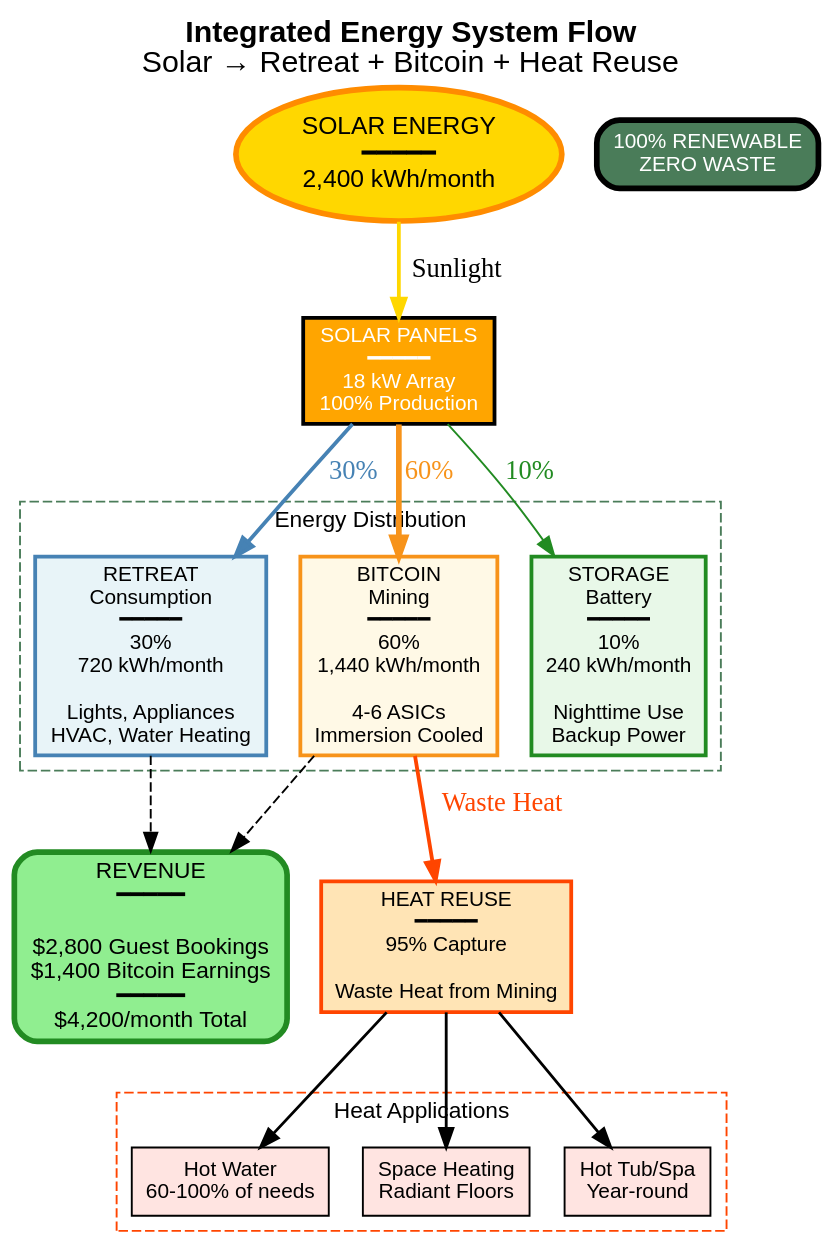
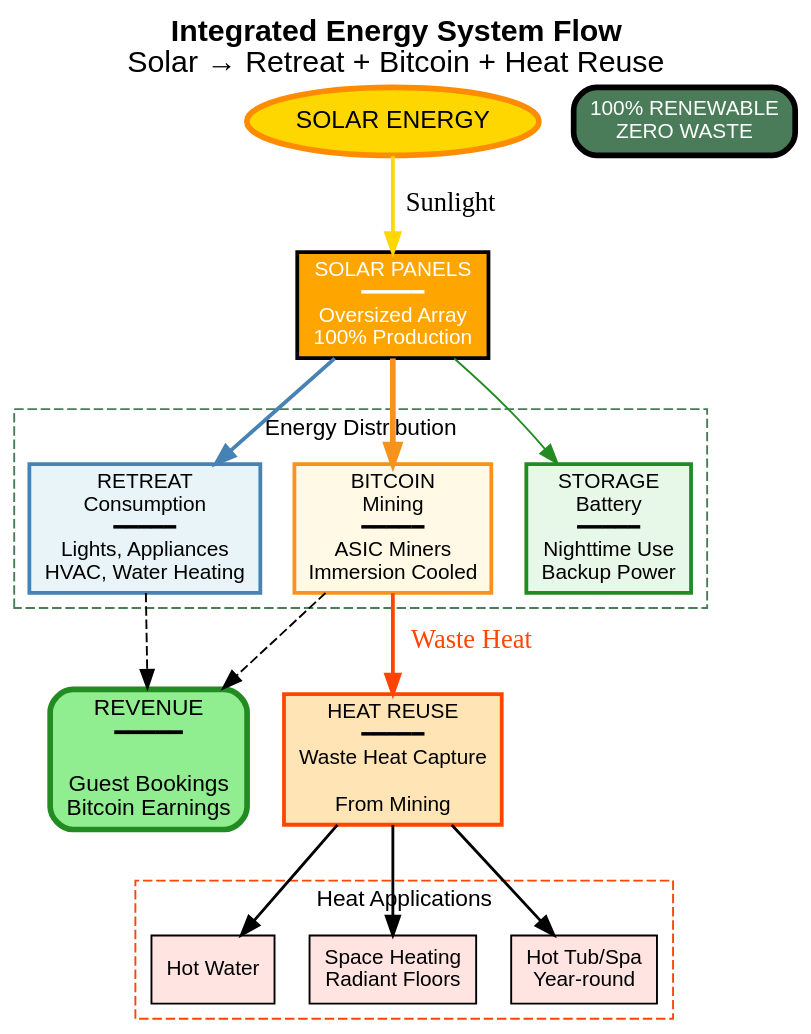
Before and after one commit to offgridfarmstays/website: the diagram in scripts/image-generation/diagrams/energy_flow.dot, drawn with Graphviz. The commit also changed 6 other files, not shown here.

First line of the commit message:
Remove all specific numbers and revenue figures from energy flow diagram

```diff
--- a/scripts/image-generation/diagrams/energy_flow.dot
+++ b/scripts/image-generation/diagrams/energy_flow.dot
@@ -1,73 +1,73 @@
 // Energy Flow Diagram for Offgrid Farmstays
 // Generate with: dot -Tpng energy_flow.dot -o ../../assets/diagrams/energy_flow.png
 
 digraph EnergyFlow {
     // Graph settings
     rankdir=TB;
     bgcolor="transparent";
     fontname="Arial";
     compound=true;
 
     // Node styles
     node [fontname="Arial", fontsize=11, style=filled];
 
     // Source node
-    sun [label="SOLAR ENERGY\n━━━━━\n2,400 kWh/month", shape=ellipse, fillcolor="#FFD700", fontcolor=black, penwidth=3, color="#FF8C00", fontsize=13];
+    sun [label="SOLAR ENERGY", shape=ellipse, fillcolor="#FFD700", fontcolor=black, penwidth=3, color="#FF8C00", fontsize=13];
 
     // Solar panels
-    solar [label="SOLAR PANELS\n━━━━━\n18 kW Array\n100% Production", shape=box, fillcolor="#FFA500", fontcolor=white, penwidth=2];
+    solar [label="SOLAR PANELS\n━━━━━\nOversized Array\n100% Production", shape=box, fillcolor="#FFA500", fontcolor=white, penwidth=2];
 
     // Distribution
     subgraph cluster_distribution {
         label="Energy Distribution";
         style=dashed;
         color="#4A7C59";
         fontsize=12;
 
-        retreat [label="RETREAT\nConsumption\n━━━━━\n30%\n720 kWh/month\n\nLights, Appliances\nHVAC, Water Heating", shape=box, fillcolor="#E8F4F8", color="#4682B4", penwidth=2];
+        retreat [label="RETREAT\nConsumption\n━━━━━\nLights, Appliances\nHVAC, Water Heating", shape=box, fillcolor="#E8F4F8", color="#4682B4", penwidth=2];
 
-        mining [label="BITCOIN\nMining\n━━━━━\n60%\n1,440 kWh/month\n\n4-6 ASICs\nImmersion Cooled", shape=box, fillcolor="#FFF9E6", color="#F7931A", penwidth=2];
+        mining [label="BITCOIN\nMining\n━━━━━\nASIC Miners\nImmersion Cooled", shape=box, fillcolor="#FFF9E6", color="#F7931A", penwidth=2];
 
-        battery [label="STORAGE\nBattery\n━━━━━\n10%\n240 kWh/month\n\nNighttime Use\nBackup Power", shape=box, fillcolor="#E8F8E8", color="#228B22", penwidth=2];
+        battery [label="STORAGE\nBattery\n━━━━━\nNighttime Use\nBackup Power", shape=box, fillcolor="#E8F8E8", color="#228B22", penwidth=2];
     }
 
     // Heat reuse
-    heat [label="HEAT REUSE\n━━━━━\n95% Capture\n\nWaste Heat from Mining", shape=box, fillcolor="#FFE4B5", color="#FF4500", penwidth=2];
+    heat [label="HEAT REUSE\n━━━━━\nWaste Heat Capture\n\nFrom Mining", shape=box, fillcolor="#FFE4B5", color="#FF4500", penwidth=2];
 
     // Heat applications
     subgraph cluster_heat_use {
         label="Heat Applications";
         style=dashed;
         color="#FF4500";
         fontsize=12;
 
-        hotwater [label="Hot Water\n60-100% of needs", shape=box, fillcolor="#FFE4E1"];
+        hotwater [label="Hot Water", shape=box, fillcolor="#FFE4E1"];
         heating [label="Space Heating\nRadiant Floors", shape=box, fillcolor="#FFE4E1"];
         hottub [label="Hot Tub/Spa\nYear-round", shape=box, fillcolor="#FFE4E1"];
     }
 
     // Output
-    revenue [label="REVENUE\n━━━━━\n\n$2,800 Guest Bookings\n$1,400 Bitcoin Earnings\n━━━━━\n$4,200/month Total", shape=box, style="filled,rounded", fillcolor="#90EE90", color="#228B22", penwidth=3, fontsize=12];
+    revenue [label="REVENUE\n━━━━━\n\nGuest Bookings\nBitcoin Earnings", shape=box, style="filled,rounded", fillcolor="#90EE90", color="#228B22", penwidth=3, fontsize=12];
 
     // Connections
     sun -> solar [label="Sunlight", penwidth=2, color="#FFD700"];
-    solar -> retreat [label="30%", penwidth=2, color="#4682B4", fontcolor="#4682B4"];
-    solar -> mining [label="60%", penwidth=3, color="#F7931A", fontcolor="#F7931A"];
-    solar -> battery [label="10%", penwidth=1, color="#228B22", fontcolor="#228B22"];
+    solar -> retreat [penwidth=2, color="#4682B4"];
+    solar -> mining [penwidth=3, color="#F7931A"];
+    solar -> battery [penwidth=1, color="#228B22"];
 
     mining -> heat [label="Waste Heat", penwidth=2, color="#FF4500", fontcolor="#FF4500"];
     heat -> hotwater [penwidth=1.5];
     heat -> heating [penwidth=1.5];
     heat -> hottub [penwidth=1.5];
 
     retreat -> revenue [style=dashed];
     mining -> revenue [style=dashed];
 
     // Badge
     badge [label="100% RENEWABLE\nZERO WASTE", shape=box, style="filled,rounded", fillcolor="#4A7C59", fontcolor=white, penwidth=3];
 
     // Title
     labelloc="t";
     label=<<b>Integrated Energy System Flow</b><br/>Solar → Retreat + Bitcoin + Heat Reuse>;
     fontsize=16;
 }
```
